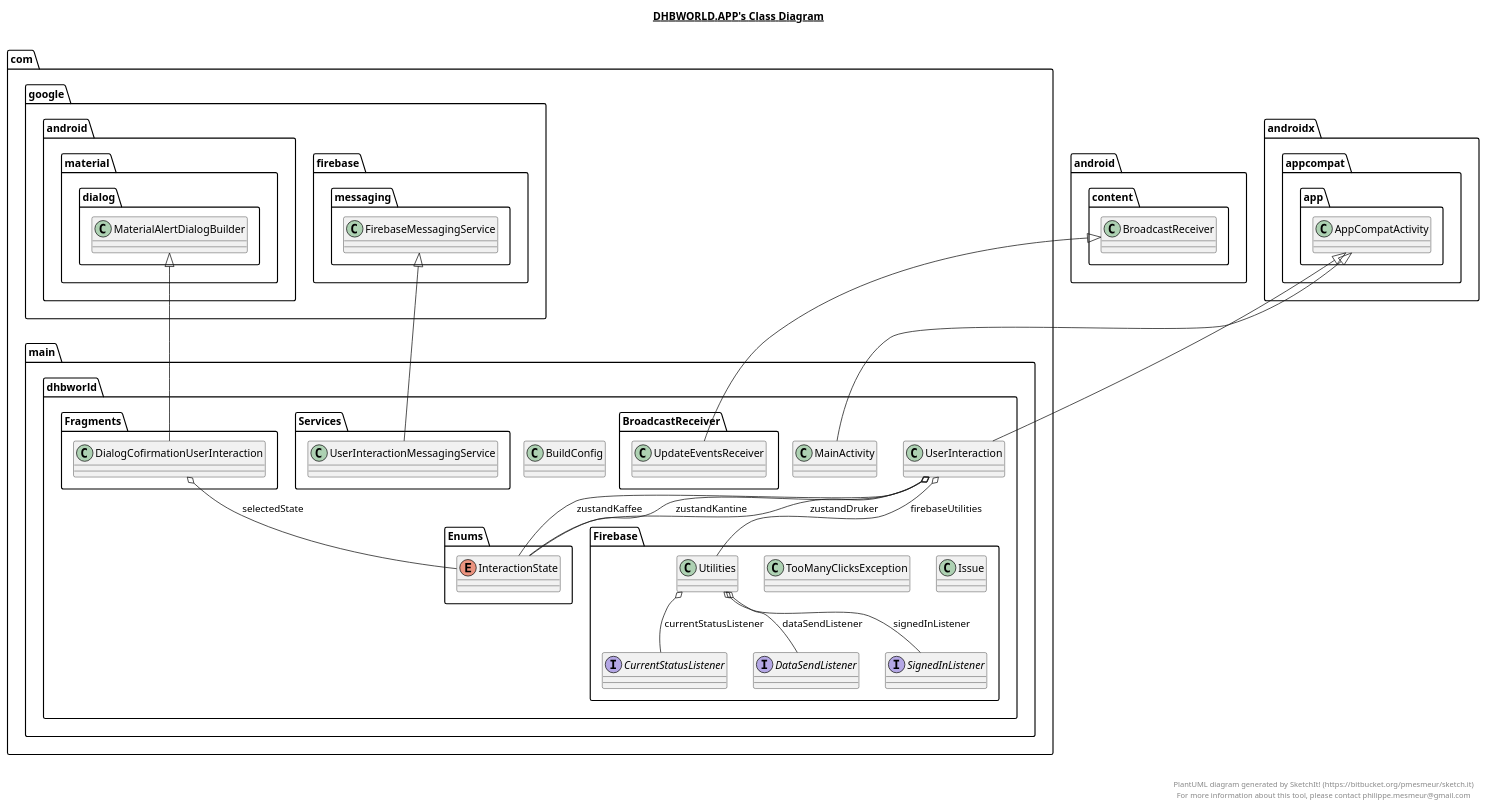
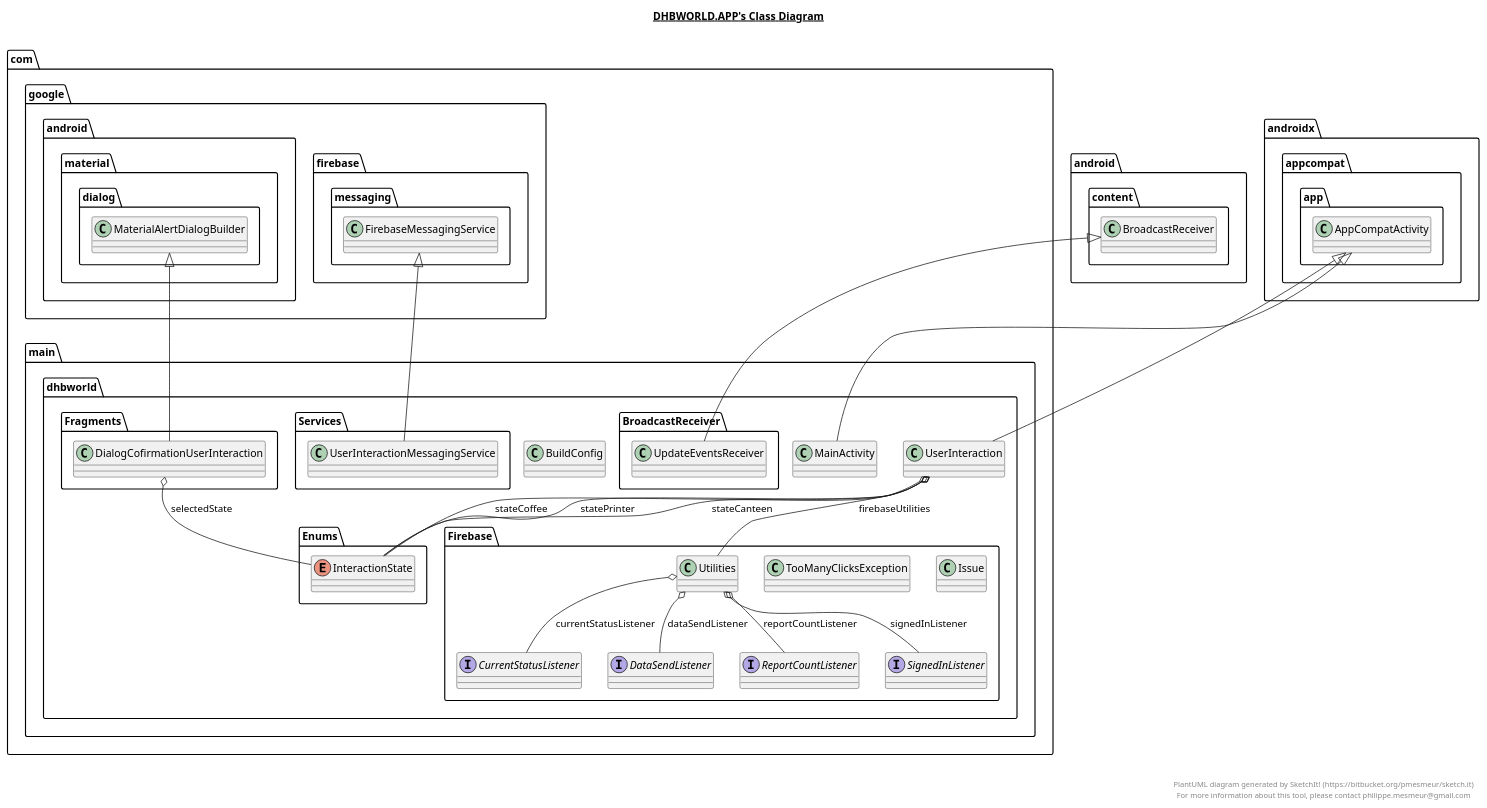
The diagram in .idea/modules/app/app.plantuml (DHBWorld/DHBWorld), drawn with PlantUML before and after one commit. The commit also changed 3 other files, not shown here.

Commit message:
Added Class diagram

```diff
--- a/.idea/modules/app/app.plantuml
+++ b/.idea/modules/app/app.plantuml
@@ -1,125 +1,134 @@
 @startuml
 
 title __DHBWORLD.APP's Class Diagram__\n
 
   namespace com.main.dhbworld {
     namespace BroadcastReceiver {
       class com.main.dhbworld.BroadcastReceiver.UpdateEventsReceiver {
       }
     }
   }
   
 
   namespace com.main.dhbworld {
     class com.main.dhbworld.BuildConfig {
     }
   }
   
 
   namespace com.main.dhbworld {
     namespace Enums {
       enum InteractionState {
       }
     }
   }
   
 
   namespace com.main.dhbworld {
     namespace Firebase {
       interface com.main.dhbworld.Firebase.CurrentStatusListener {
       }
     }
   }
   
 
   namespace com.main.dhbworld {
     namespace Firebase {
       interface com.main.dhbworld.Firebase.DataSendListener {
       }
     }
   }
   
 
   namespace com.main.dhbworld {
     namespace Firebase {
       class com.main.dhbworld.Firebase.Issue {
+      }
+    }
+  }
+  
+
+  namespace com.main.dhbworld {
+    namespace Firebase {
+      interface com.main.dhbworld.Firebase.ReportCountListener {
       }
     }
   }
   
 
   namespace com.main.dhbworld {
     namespace Firebase {
       interface com.main.dhbworld.Firebase.SignedInListener {
       }
     }
   }
   
 
   namespace com.main.dhbworld {
     namespace Firebase {
       class com.main.dhbworld.Firebase.TooManyClicksException {
       }
     }
   }
   
 
   namespace com.main.dhbworld {
     namespace Firebase {
       class com.main.dhbworld.Firebase.Utilities {
       }
     }
   }
   
 
   namespace com.main.dhbworld {
     namespace Fragments {
       class com.main.dhbworld.Fragments.DialogCofirmationUserInteraction {
       }
     }
   }
   
 
   namespace com.main.dhbworld {
     class com.main.dhbworld.MainActivity {
     }
   }
   
 
   namespace com.main.dhbworld {
     namespace Services {
       class com.main.dhbworld.Services.UserInteractionMessagingService {
       }
     }
   }
   
 
   namespace com.main.dhbworld {
     class com.main.dhbworld.UserInteraction {
     }
   }
   
 
   com.main.dhbworld.BroadcastReceiver.UpdateEventsReceiver -up-|> android.content.BroadcastReceiver
   com.main.dhbworld.Firebase.Utilities o-- com.main.dhbworld.Firebase.CurrentStatusListener : currentStatusListener
   com.main.dhbworld.Firebase.Utilities o-- com.main.dhbworld.Firebase.DataSendListener : dataSendListener
+  com.main.dhbworld.Firebase.Utilities o-- com.main.dhbworld.Firebase.ReportCountListener : reportCountListener
   com.main.dhbworld.Firebase.Utilities o-- com.main.dhbworld.Firebase.SignedInListener : signedInListener
   com.main.dhbworld.Fragments.DialogCofirmationUserInteraction -up-|> com.google.android.material.dialog.MaterialAlertDialogBuilder
   com.main.dhbworld.Fragments.DialogCofirmationUserInteraction o-- com.main.dhbworld.Enums.InteractionState : selectedState
   com.main.dhbworld.MainActivity -up-|> androidx.appcompat.app.AppCompatActivity
   com.main.dhbworld.Services.UserInteractionMessagingService -up-|> com.google.firebase.messaging.FirebaseMessagingService
   com.main.dhbworld.UserInteraction -up-|> androidx.appcompat.app.AppCompatActivity
   com.main.dhbworld.UserInteraction o-- com.main.dhbworld.Firebase.Utilities : firebaseUtilities
-  com.main.dhbworld.UserInteraction o-- com.main.dhbworld.Enums.InteractionState : zustandDruker
-  com.main.dhbworld.UserInteraction o-- com.main.dhbworld.Enums.InteractionState : zustandKaffee
-  com.main.dhbworld.UserInteraction o-- com.main.dhbworld.Enums.InteractionState : zustandKantine
+  com.main.dhbworld.UserInteraction o-- com.main.dhbworld.Enums.InteractionState : stateCanteen
+  com.main.dhbworld.UserInteraction o-- com.main.dhbworld.Enums.InteractionState : stateCoffee
+  com.main.dhbworld.UserInteraction o-- com.main.dhbworld.Enums.InteractionState : statePrinter
 
 
 right footer
 
 
 PlantUML diagram generated by SketchIt! (https://bitbucket.org/pmesmeur/sketch.it)
 For more information about this tool, please contact philippe.mesmeur@gmail.com
 endfooter
 
 @enduml
```
